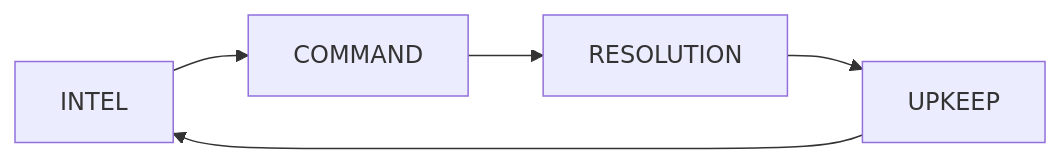
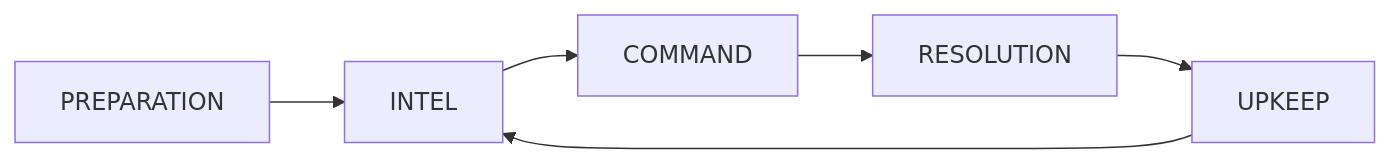
Before and after one commit to blamechris/exodus-loop-docs: the diagram in content/game-design/combat.md, drawn with Mermaid. The commit also changed other lines of this file and 6 other files, not shown here.

````diff
--- a/content/game-design/combat.md
+++ b/content/game-design/combat.md
@@ -13,5 +13,5 @@
 ```mermaid
 graph LR
-    INTEL --> COMMAND --> RESOLUTION --> UPKEEP
+    PREPARATION --> INTEL --> COMMAND --> RESOLUTION --> UPKEEP
     UPKEEP --> INTEL
 ```
````
